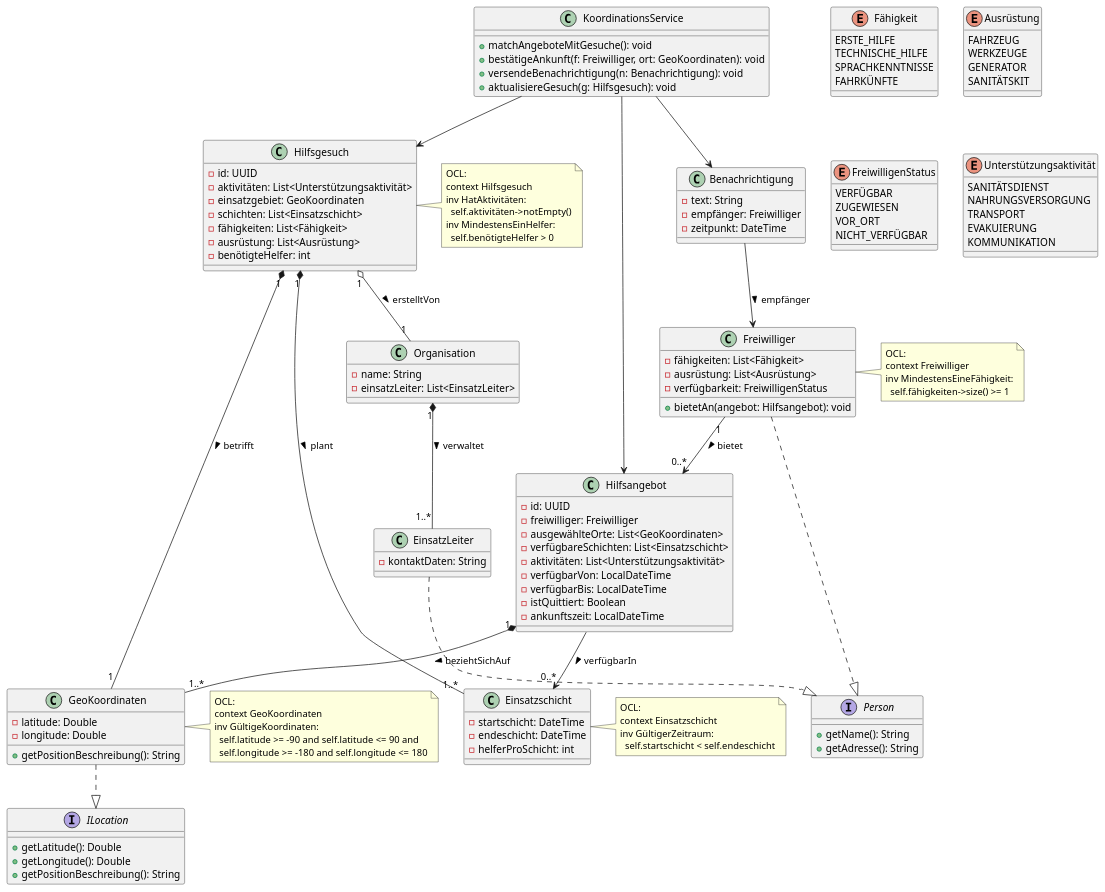
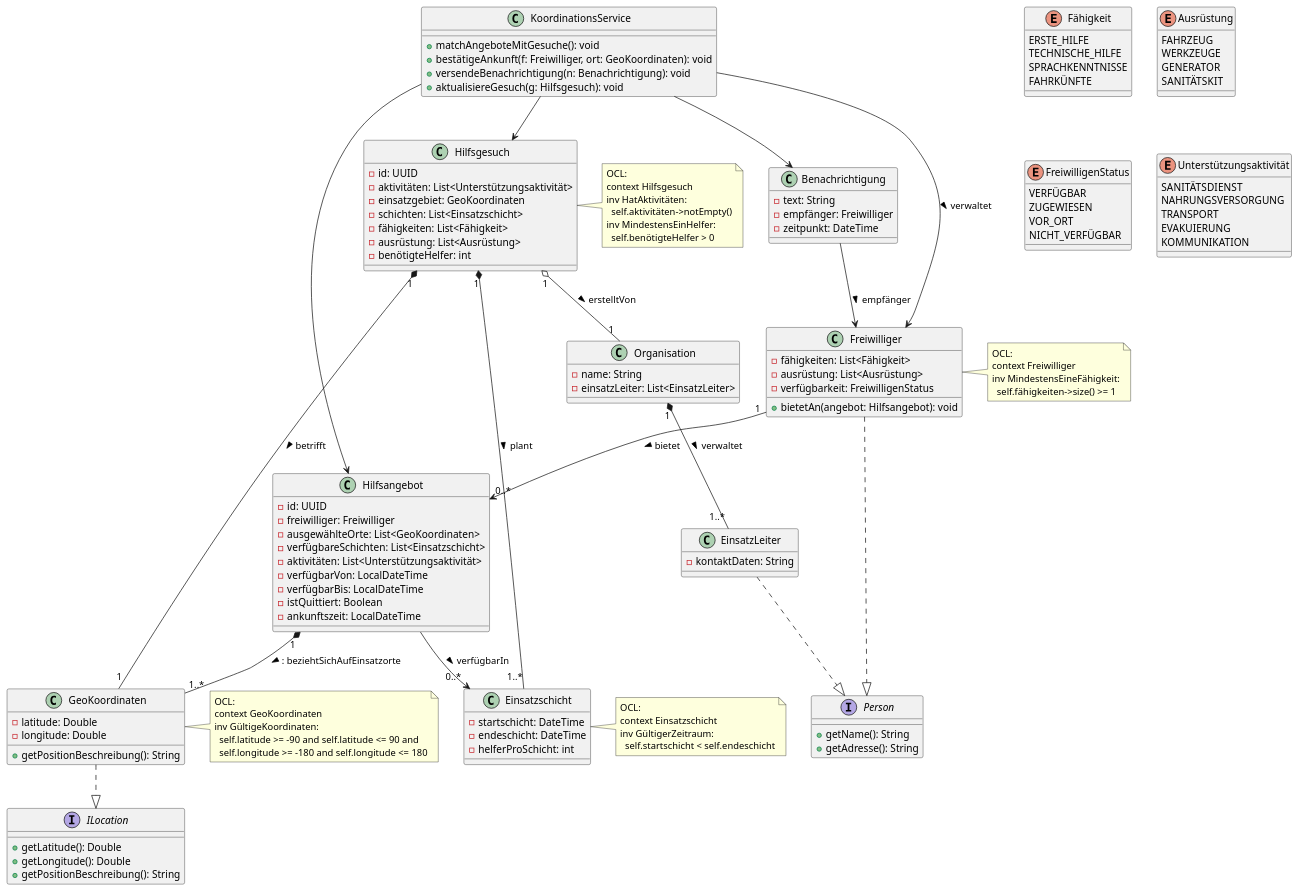
The diagram in Class_D.puml (merostax/FreiwilligenKoordination), drawn with PlantUML before and after one commit.

Commit message:
verbesserung

```diff
--- a/Class_D.puml
+++ b/Class_D.puml
@@ -1,152 +1,153 @@
 @startuml
 
 'Enums'
 enum Fähigkeit {
     ERSTE_HILFE
     TECHNISCHE_HILFE
     SPRACHKENNTNISSE
     FAHRKÜNFTE
 }
 enum Ausrüstung {
     FAHRZEUG
     WERKZEUGE
     GENERATOR
     SANITÄTSKIT
 }
 enum FreiwilligenStatus {
     VERFÜGBAR
     ZUGEWIESEN
     VOR_ORT
     NICHT_VERFÜGBAR
 }
 enum Unterstützungsaktivität {
     SANITÄTSDIENST
     NAHRUNGSVERSORGUNG
     TRANSPORT
     EVAKUIERUNG
     KOMMUNIKATION
 }
 
 'Interfaces'
 interface Person {
     + getName(): String
     + getAdresse(): String
 }
 interface ILocation {
     + getLatitude(): Double
     + getLongitude(): Double
     + getPositionBeschreibung(): String
 }
 
 'Classes'
 class Organisation {
     - name: String
     - einsatzLeiter: List<EinsatzLeiter>
 }
 
 class EinsatzLeiter {
     - kontaktDaten: String
 }
 
 class GeoKoordinaten {
     - latitude: Double
     - longitude: Double
     + getPositionBeschreibung(): String
 }
 note right of GeoKoordinaten
 OCL:
 context GeoKoordinaten
 inv GültigeKoordinaten:
   self.latitude >= -90 and self.latitude <= 90 and
   self.longitude >= -180 and self.longitude <= 180
 end note
 
 class Hilfsgesuch {
     - id: UUID
     - aktivitäten: List<Unterstützungsaktivität>
     - einsatzgebiet: GeoKoordinaten
     - schichten: List<Einsatzschicht>
     - fähigkeiten: List<Fähigkeit>
     - ausrüstung: List<Ausrüstung>
     - benötigteHelfer: int
 
 
     }
 note right of Hilfsgesuch
 OCL:
 context Hilfsgesuch
 inv HatAktivitäten:
   self.aktivitäten->notEmpty()
 inv MindestensEinHelfer:
   self.benötigteHelfer > 0
 end note
 
 class Einsatzschicht {
     - startschicht: DateTime
     - endeschicht: DateTime
     - helferProSchicht: int
 }
 note right of Einsatzschicht
 OCL:
 context Einsatzschicht
 inv GültigerZeitraum:
   self.startschicht < self.endeschicht
 end note
 
 class Freiwilliger {
     - fähigkeiten: List<Fähigkeit>
     - ausrüstung: List<Ausrüstung>
     - verfügbarkeit: FreiwilligenStatus
     + bietetAn(angebot: Hilfsangebot): void
 
 }
 note right of Freiwilliger
 OCL:
 context Freiwilliger
 inv MindestensEineFähigkeit:
   self.fähigkeiten->size() >= 1
 end note
 
 class Hilfsangebot {
     - id: UUID
     - freiwilliger: Freiwilliger
     - ausgewählteOrte: List<GeoKoordinaten>
     - verfügbareSchichten: List<Einsatzschicht>
     - aktivitäten: List<Unterstützungsaktivität>
     - verfügbarVon: LocalDateTime
     - verfügbarBis: LocalDateTime
     - istQuittiert: Boolean
     - ankunftszeit: LocalDateTime
 }
 class KoordinationsService {
     + matchAngeboteMitGesuche(): void
     + bestätigeAnkunft(f: Freiwilliger, ort: GeoKoordinaten): void
     + versendeBenachrichtigung(n: Benachrichtigung): void
     + aktualisiereGesuch(g: Hilfsgesuch): void
 }
 
 class Benachrichtigung {
     - text: String
     - empfänger: Freiwilliger
     - zeitpunkt: DateTime
 }
-'Inheritance'
+'Inherit
 GeoKoordinaten ..|> ILocation
 Freiwilliger ..|> Person
 EinsatzLeiter ..|> Person
 
-'Associations'
 Organisation "1" *-- "1..*" EinsatzLeiter : verwaltet >
 Hilfsgesuch "1" o-- "1" Organisation : erstelltVon >
 Hilfsgesuch "1" *-- "1" GeoKoordinaten : betrifft >
 Hilfsgesuch "1" *-- "1..*" Einsatzschicht : plant >
 Freiwilliger "1" --> "0..*" Hilfsangebot : bietet >
-Hilfsangebot "1" *-- "1..*" GeoKoordinaten : beziehtSichAuf >
+Hilfsangebot "1" *-- "1..*" GeoKoordinaten : : beziehtSichAufEinsatzorte >
 Hilfsangebot --> "0..*" Einsatzschicht : verfügbarIn >
 
 KoordinationsService --> Hilfsangebot
 KoordinationsService --> Hilfsgesuch
+KoordinationsService --> Freiwilliger : verwaltet >
+
 KoordinationsService --> Benachrichtigung
 Benachrichtigung --> Freiwilliger : empfänger >
 
 @enduml
```
